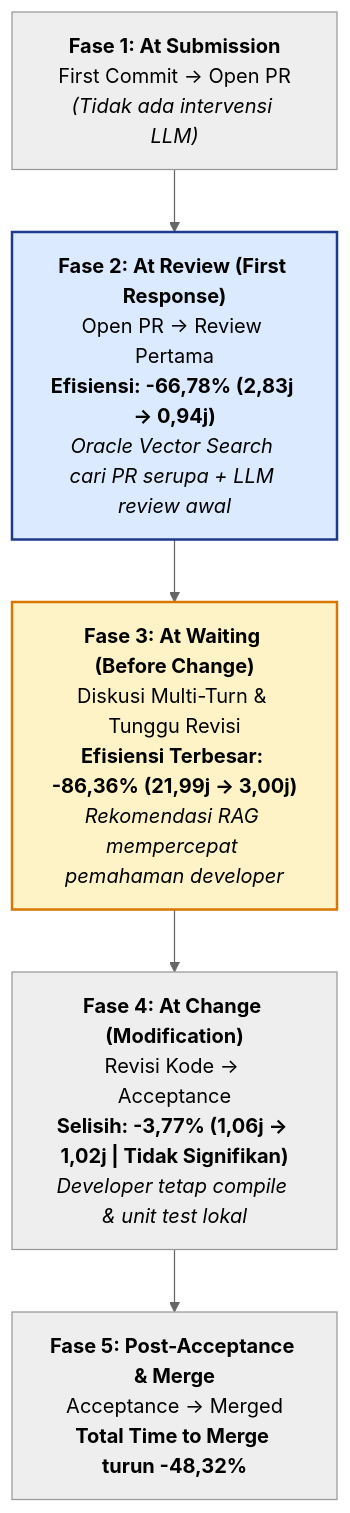
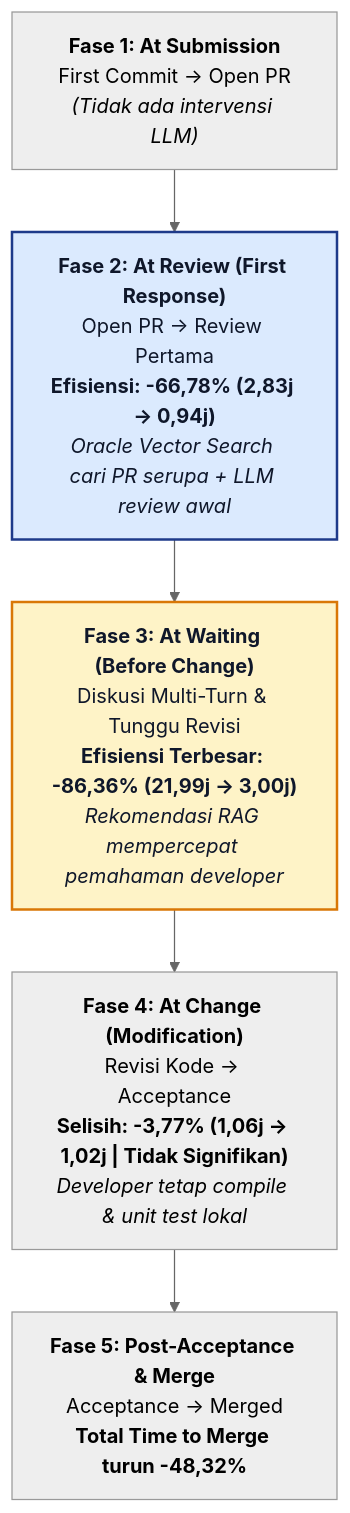
The second of 2 diagrams in README.md (h1uterbang/uas-llm-codereview-031), drawn with Mermaid (neutral theme) before and after one commit.

Commit message:
Update styles for S2 and S3 in README

````diff
--- a/README.md
+++ b/README.md
@@ -66,13 +66,13 @@
 ```mermaid
 flowchart TD
     S1["<b>Fase 1: At Submission</b><br/>First Commit &rarr; Open PR<br/><i>(Tidak ada intervensi LLM)</i>"]
     S2["<b>Fase 2: At Review (First Response)</b><br/>Open PR &rarr; Review Pertama<br/><b>Efisiensi: -66,78% (2,83j &rarr; 0,94j)</b><br/><i>Oracle Vector Search cari PR serupa + LLM review awal</i>"]
     S3["<b>Fase 3: At Waiting (Before Change)</b><br/>Diskusi Multi-Turn & Tunggu Revisi<br/><b>Efisiensi Terbesar: -86,36% (21,99j &rarr; 3,00j)</b><br/><i>Rekomendasi RAG mempercepat pemahaman developer</i>"]
     S4["<b>Fase 4: At Change (Modification)</b><br/>Revisi Kode &rarr; Acceptance<br/><b>Selisih: -3,77% (1,06j &rarr; 1,02j | Tidak Signifikan)</b><br/><i>Developer tetap compile & unit test lokal</i>"]
     S5["<b>Fase 5: Post-Acceptance & Merge</b><br/>Acceptance &rarr; Merged<br/><b>Total Time to Merge turun -48,32%</b>"]
 
     S1 --> S2 --> S3 --> S4 --> S5
 
-    style S2 fill:#dbeafe,stroke:#1e3a8a,stroke-width:2px
-    style S3 fill:#fef3c7,stroke:#d97706,stroke-width:2px
+    style S2 fill:#dbeafe,stroke:#1e3a8a,stroke-width:2px,color:#0f172a
+    style S3 fill:#fef3c7,stroke:#d97706,stroke-width:2px,color:#0f172a
 ```
````
